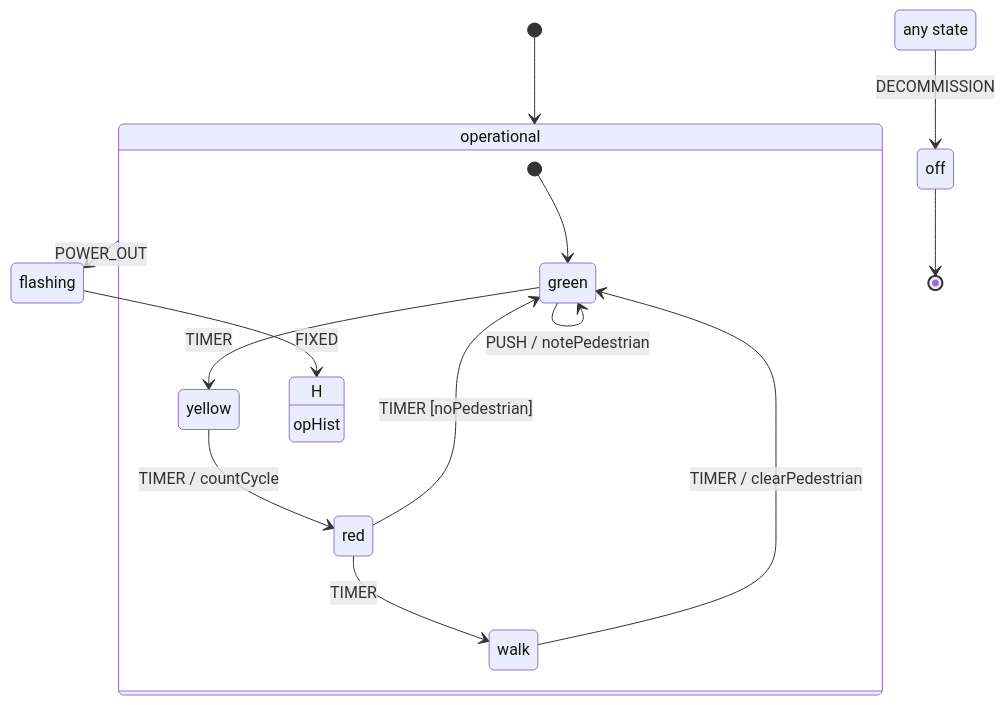
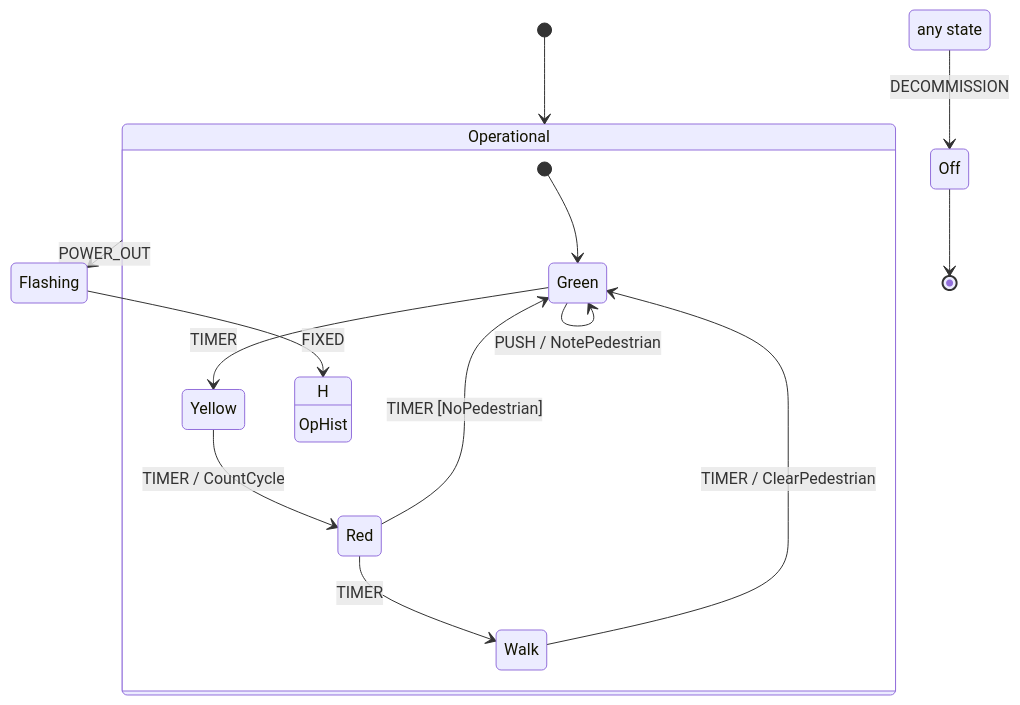
One commit to iand675/wireform- changed the diagram in website/src/content/docs/state-machine/visualization.md. Above: the diagram before and after it, drawn with Mermaid. The commit also changed other lines of this file and 36 other files, not shown here.

````diff
--- a/website/src/content/docs/state-machine/visualization.md
+++ b/website/src/content/docs/state-machine/visualization.md
@@ -48,27 +48,27 @@
 ```mermaid
 stateDiagram-v2
-  [*] --> operational
-  state "operational" as operational
-  state operational {
-    [*] --> green
-    state "green" as green
-    state "yellow" as yellow
-    state "red" as red
-    state "walk" as walk
-    state "H" as opHist
+  [*] --> Operational
+  state "Operational" as Operational
+  state Operational {
+    [*] --> Green
+    state "Green" as Green
+    state "Yellow" as Yellow
+    state "Red" as Red
+    state "Walk" as Walk
+    state "H" as OpHist
   }
-  state "flashing" as flashing
-  state "off" as off
-  off --> [*]
-  opHist : opHist
-  operational --> flashing : POWER_OUT
-  green --> yellow : TIMER
-  green --> green : PUSH / notePedestrian
-  yellow --> red : TIMER / countCycle
-  red --> green : TIMER [noPedestrian]
-  red --> walk : TIMER
-  walk --> green : TIMER / clearPedestrian
-  flashing --> opHist : FIXED
+  state "Flashing" as Flashing
+  state "Off" as Off
+  Off --> [*]
+  OpHist : OpHist
+  Operational --> Flashing : POWER_OUT
+  Green --> Yellow : TIMER
+  Green --> Green : PUSH / NotePedestrian
+  Yellow --> Red : TIMER / CountCycle
+  Red --> Green : TIMER [NoPedestrian]
+  Red --> Walk : TIMER
+  Walk --> Green : TIMER / ClearPedestrian
+  Flashing --> OpHist : FIXED
   state "any state" as __any
-  __any --> off : DECOMMISSION
+  __any --> Off : DECOMMISSION
 ```
````
